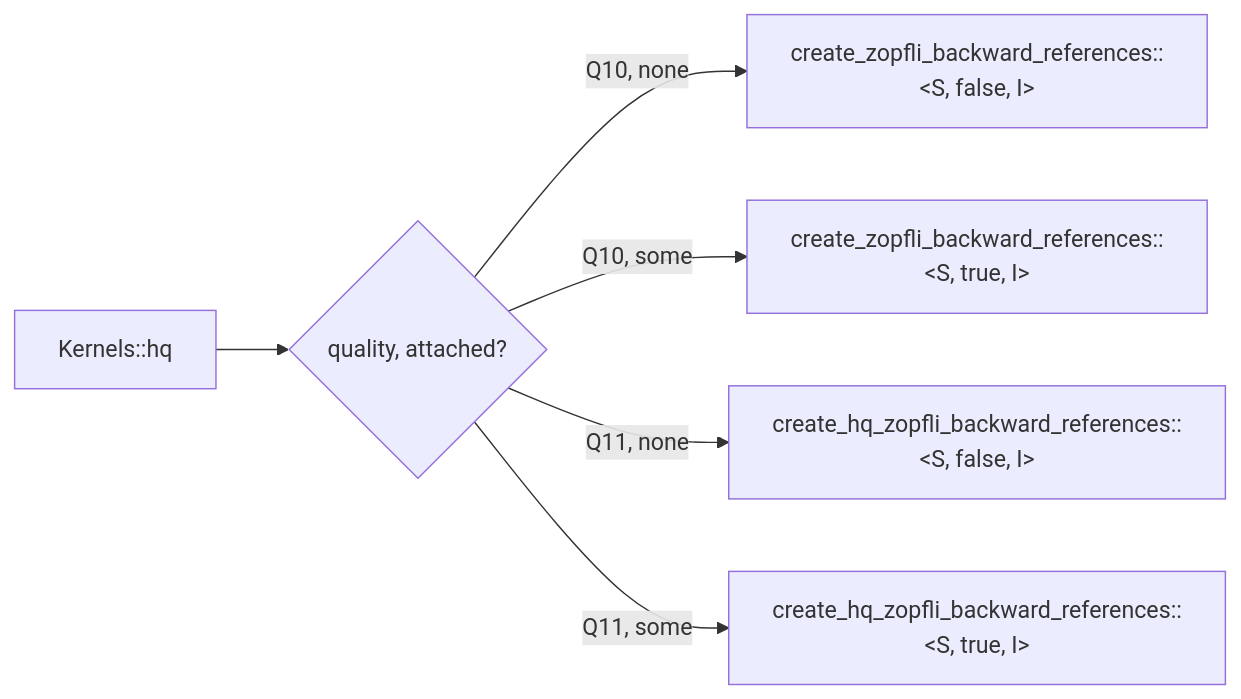
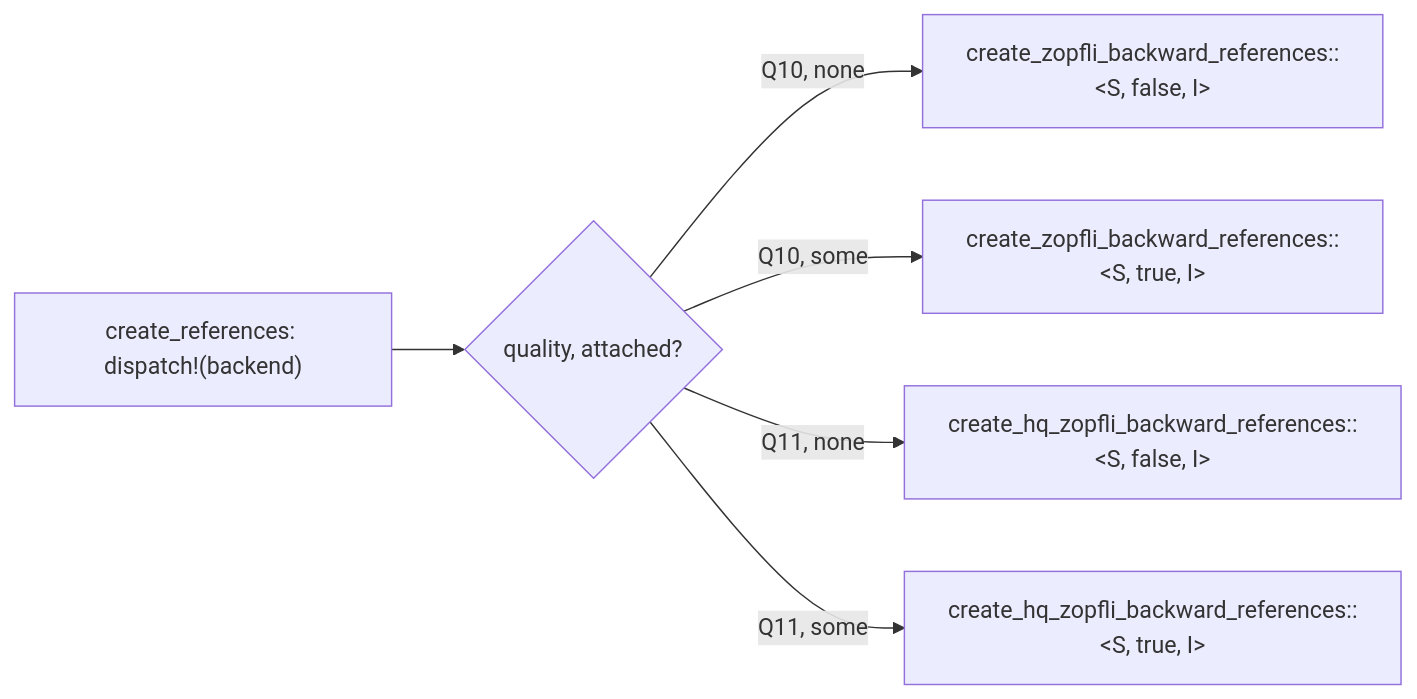
One commit to M-Compressors/mbrotli changed diagram 15 of 15 in architecture/hq-encoder.md. Above: the diagram before and after it, drawn with Mermaid. The commit also changed other lines of this file and 22 other files, not shown here.

````diff
--- a/architecture/hq-encoder.md
+++ b/architecture/hq-encoder.md
@@ -751,8 +753,8 @@
 ```mermaid
 flowchart LR
-    hq["Kernels::hq"] --> q{"quality, attached?"}
+    hq["create_references: dispatch!(backend)"] --> q{"quality, attached?"}
     q -->|"Q10, none"| a["create_zopfli_backward_references::&lt;S, false, I&gt;"]
     q -->|"Q10, some"| b["create_zopfli_backward_references::&lt;S, true, I&gt;"]
     q -->|"Q11, none"| c["create_hq_zopfli_backward_references::&lt;S, false, I&gt;"]
     q -->|"Q11, some"| d["create_hq_zopfli_backward_references::&lt;S, true, I&gt;"]
 ```
````
